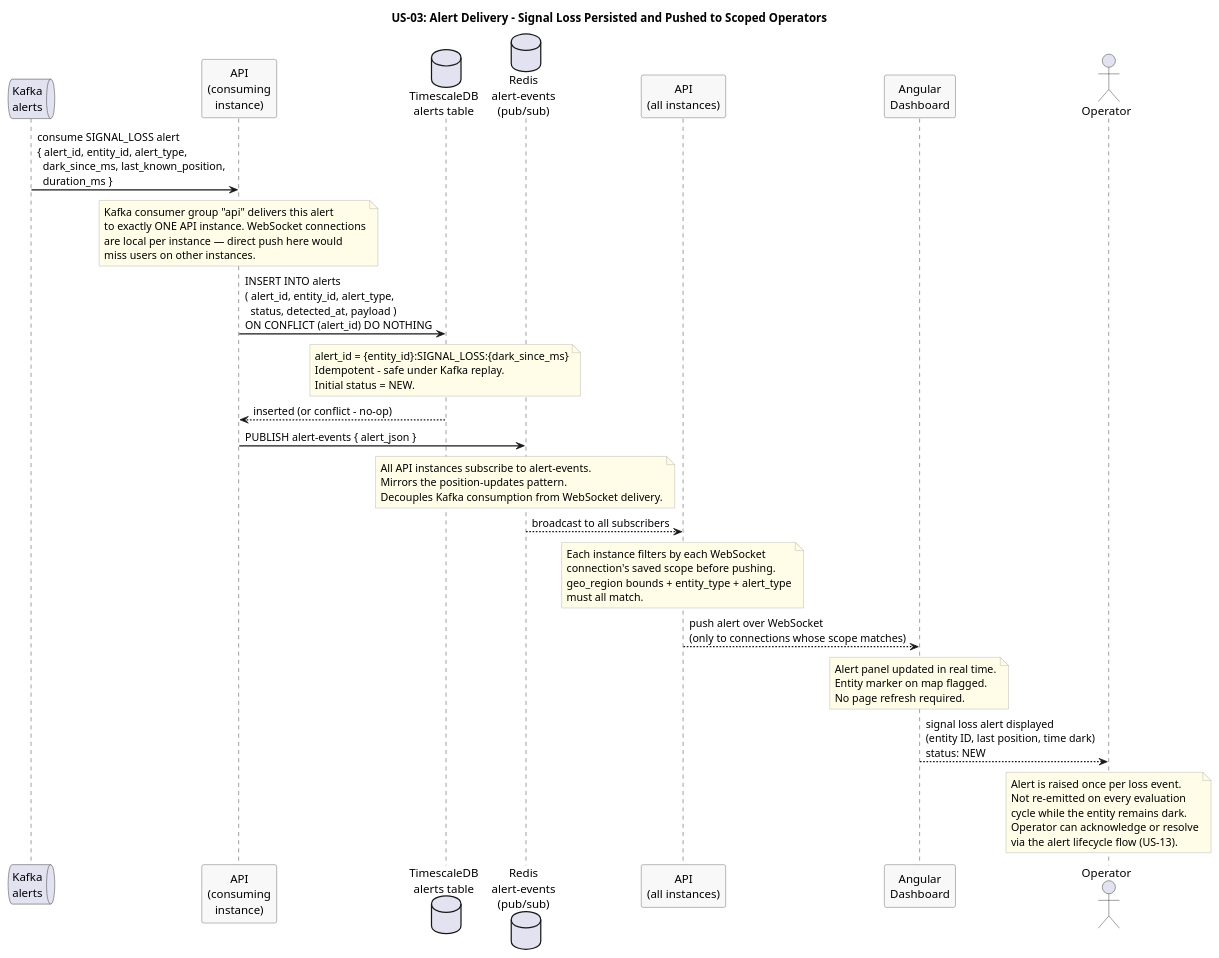
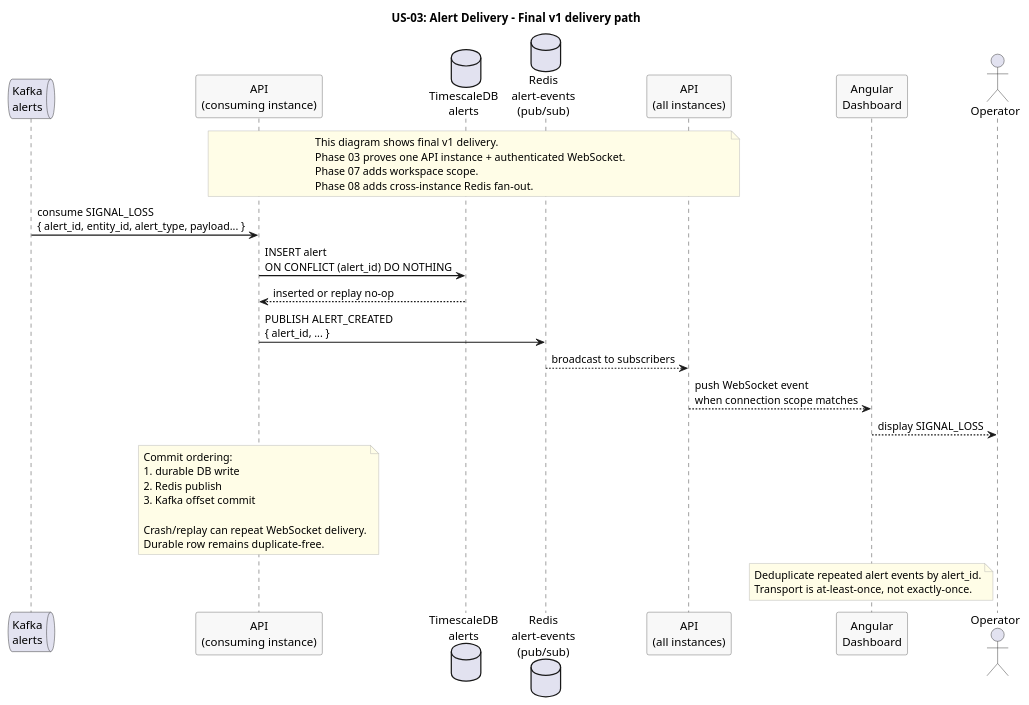
Before and after one commit to Buffden/sentinel: the diagram in docs/use-cases/US-03-signal-loss-alert/alert-delivery.puml, drawn with PlantUML.

Commit message:
docs: annotate final-state alert delivery phase boundaries

```diff
--- a/docs/use-cases/US-03-signal-loss-alert/alert-delivery.puml
+++ b/docs/use-cases/US-03-signal-loss-alert/alert-delivery.puml
@@ -1,72 +1,49 @@
 @startuml alert-delivery
-title US-03: Alert Delivery - Signal Loss Persisted and Pushed to Scoped Operators
+title US-03: Alert Delivery - Final v1 delivery path
 
 skinparam sequenceArrowThickness 1.5
 skinparam participantBorderColor #555555
 skinparam participantBackgroundColor #F8F8F8
 skinparam noteBorderColor #AAAAAA
 skinparam noteBackgroundColor #FFFDE7
 
 queue "Kafka\nalerts" as Kafka
-participant "API\n(consuming\ninstance)" as APIConsumer
-database "TimescaleDB\nalerts table" as TSDB
+participant "API\n(consuming instance)" as APIConsumer
+database "TimescaleDB\nalerts" as TSDB
 database "Redis\nalert-events\n(pub/sub)" as RedisPubSub
 participant "API\n(all instances)" as APIAll
 participant "Angular\nDashboard" as Dashboard
 actor Operator
 
-Kafka -> APIConsumer : consume SIGNAL_LOSS alert\n{ alert_id, entity_id, alert_type,\n  dark_since_ms, last_known_position,\n  duration_ms }
+note over APIConsumer, APIAll
+  This diagram shows final v1 delivery.
+  Phase 03 proves one API instance + authenticated WebSocket.
+  Phase 07 adds workspace scope.
+  Phase 08 adds cross-instance Redis fan-out.
+end note
+
+Kafka -> APIConsumer : consume SIGNAL_LOSS\n{ alert_id, entity_id, alert_type, payload... }
+APIConsumer -> TSDB : INSERT alert\nON CONFLICT (alert_id) DO NOTHING
+TSDB --> APIConsumer : inserted or replay no-op
+
+APIConsumer -> RedisPubSub : PUBLISH ALERT_CREATED\n{ alert_id, ... }
+RedisPubSub --> APIAll : broadcast to subscribers
+APIAll --> Dashboard : push WebSocket event\nwhen connection scope matches
+Dashboard --> Operator : display SIGNAL_LOSS
 
 note over APIConsumer
-  Kafka consumer group "api" delivers this alert
-  to exactly ONE API instance. WebSocket connections
-  are local per instance — direct push here would
-  miss users on other instances.
+  Commit ordering:
+  1. durable DB write
+  2. Redis publish
+  3. Kafka offset commit
+
+  Crash/replay can repeat WebSocket delivery.
+  Durable row remains duplicate-free.
 end note
 
-APIConsumer -> TSDB : INSERT INTO alerts\n( alert_id, entity_id, alert_type,\n  status, detected_at, payload )\nON CONFLICT (alert_id) DO NOTHING
-
-note over TSDB
-  alert_id = {entity_id}:SIGNAL_LOSS:{dark_since_ms}
-  Idempotent - safe under Kafka replay.
-  Initial status = NEW.
-end note
-
-TSDB --> APIConsumer : inserted (or conflict - no-op)
-
-APIConsumer -> RedisPubSub : PUBLISH alert-events { alert_json }
-
-note over RedisPubSub
-  All API instances subscribe to alert-events.
-  Mirrors the position-updates pattern.
-  Decouples Kafka consumption from WebSocket delivery.
-end note
-
-RedisPubSub --> APIAll : broadcast to all subscribers
-
-note over APIAll
-  Each instance filters by each WebSocket
-  connection's saved scope before pushing.
-  geo_region bounds + entity_type + alert_type
-  must all match.
-end note
-
-APIAll --> Dashboard : push alert over WebSocket\n(only to connections whose scope matches)
-
 note over Dashboard
-  Alert panel updated in real time.
-  Entity marker on map flagged.
-  No page refresh required.
-end note
-
-Dashboard --> Operator : signal loss alert displayed\n(entity ID, last position, time dark)\nstatus: NEW
-
-note over Operator
-  Alert is raised once per loss event.
-  Not re-emitted on every evaluation
-  cycle while the entity remains dark.
-  Operator can acknowledge or resolve
-  via the alert lifecycle flow (US-13).
+  Deduplicate repeated alert events by alert_id.
+  Transport is at-least-once, not exactly-once.
 end note
 
 @enduml
```
